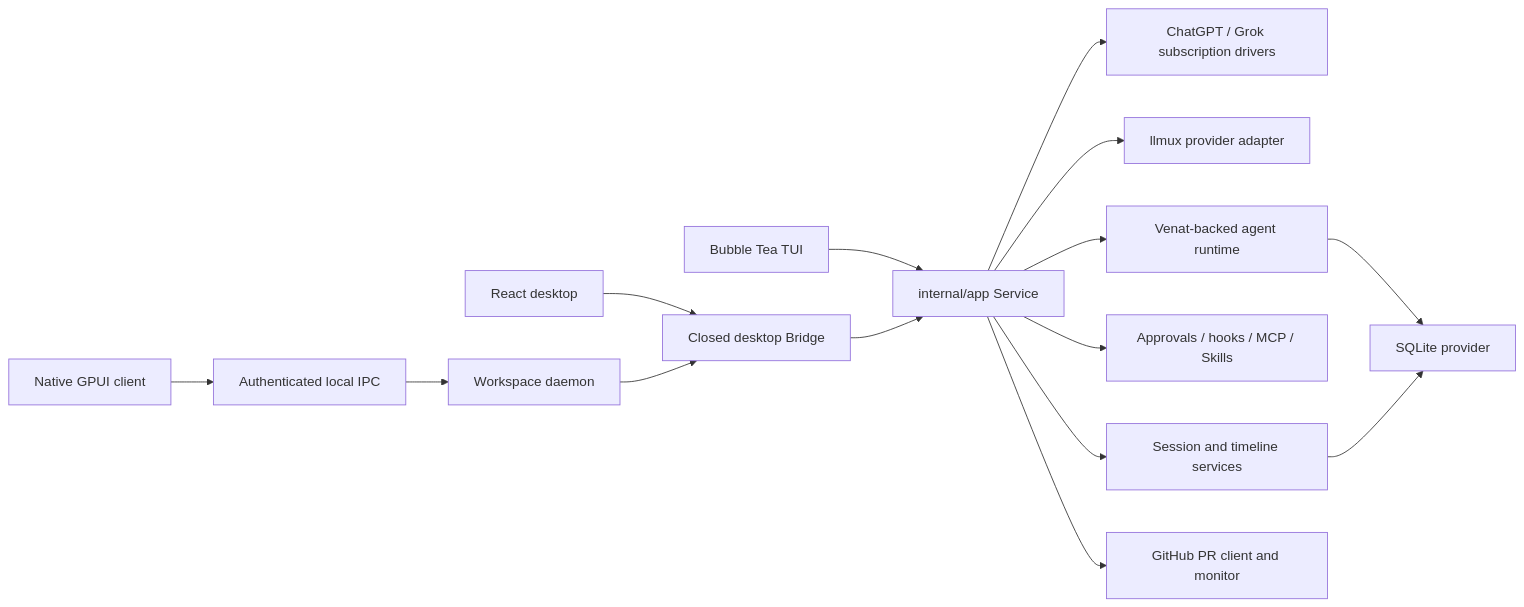
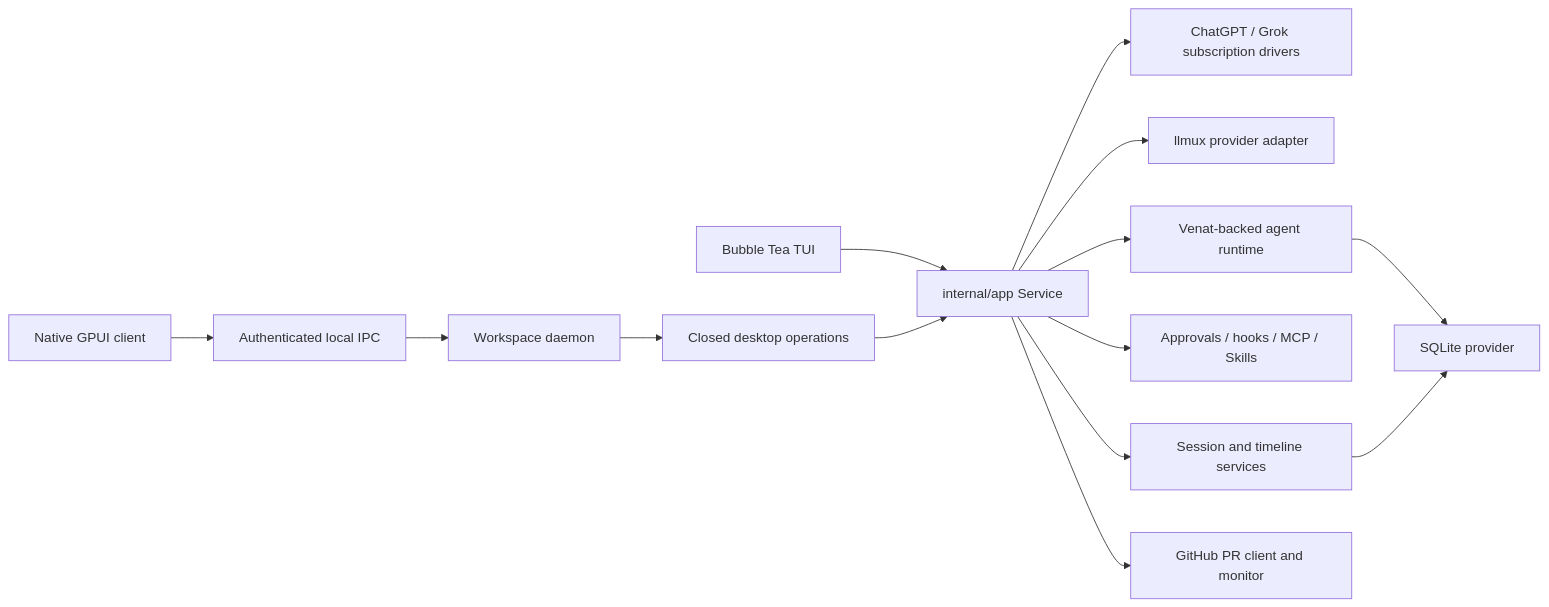
Before and after one commit to Viking602/azem: the diagram in docs/architecture.md, drawn with Mermaid. The commit also changed other lines of this file and 528 other files, not shown here.

First line of the commit message:
feat: complete native GPUI runtime migration

````diff
--- a/docs/architecture.md
+++ b/docs/architecture.md
@@ -13,14 +13,13 @@
 ```mermaid
 flowchart LR
     TUI["Bubble Tea TUI"] --> APP["internal/app Service"]
-    GUI["React desktop"] --> BRIDGE["Closed desktop Bridge"] --> APP
-    GPUI["Native GPUI client"] --> IPC["Authenticated local IPC"] --> DAEMON["Workspace daemon"] --> BRIDGE
+    GPUI["Native GPUI client"] --> IPC["Authenticated local IPC"] --> DAEMON["Workspace daemon"] --> BRIDGE["Closed desktop operations"] --> APP
     APP --> PROVIDERS["ChatGPT / Grok subscription drivers"]
     APP --> LLMUX["llmux provider adapter"]
     APP --> AGENT["Venat-backed agent runtime"]
     APP --> POLICY["Approvals / hooks / MCP / Skills"]
     APP --> SESSION["Session and timeline services"]
     AGENT --> STORE["SQLite provider"]
     SESSION --> STORE
     APP --> PR["GitHub PR client and monitor"]
 ```
````
